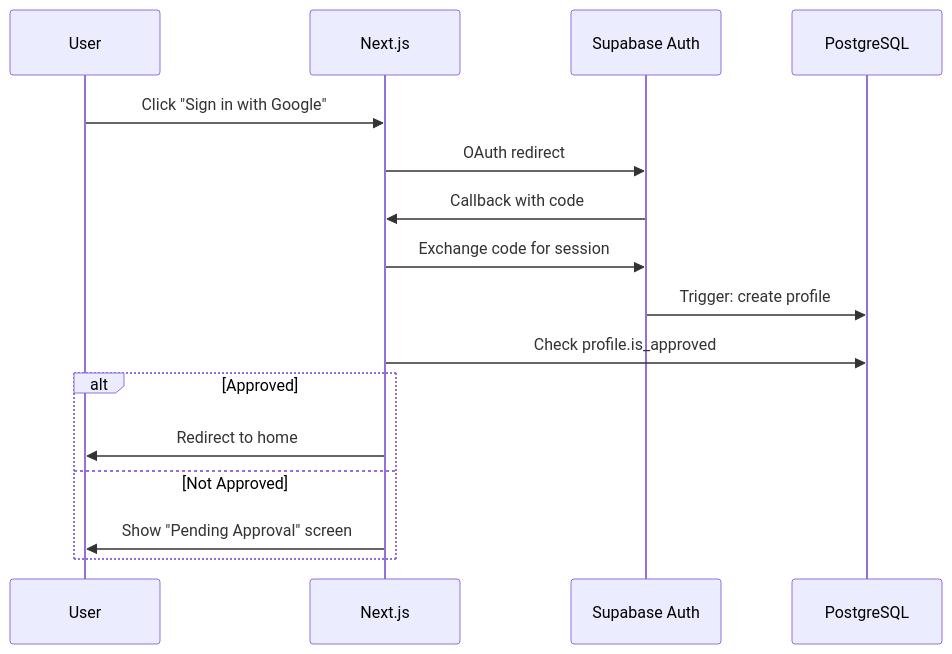
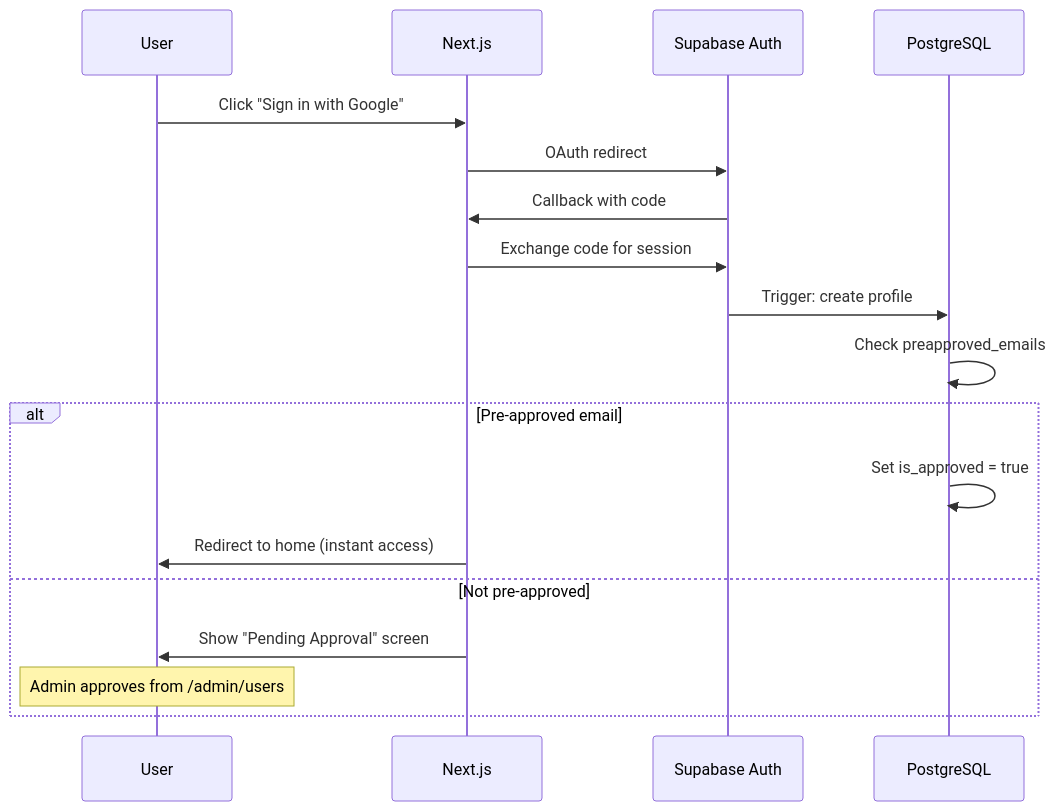
The third of 3 diagrams in README.md (jpurusho/bible-study), drawn with Mermaid before and after one commit. The commit also changed other lines of this file and 2 other files, not shown here.

````diff
--- a/README.md
+++ b/README.md
@@ -99,19 +107,21 @@
 ```mermaid
 sequenceDiagram
     participant U as User
     participant App as Next.js
     participant Auth as Supabase Auth
     participant DB as PostgreSQL
 
     U->>App: Click "Sign in with Google"
     App->>Auth: OAuth redirect
     Auth->>App: Callback with code
     App->>Auth: Exchange code for session
     Auth->>DB: Trigger: create profile
-    App->>DB: Check profile.is_approved
-    alt Approved
-        App->>U: Redirect to home
-    else Not Approved
+    DB->>DB: Check preapproved_emails
+    alt Pre-approved email
+        DB->>DB: Set is_approved = true
+        App->>U: Redirect to home (instant access)
+    else Not pre-approved
         App->>U: Show "Pending Approval" screen
+        Note over U: Admin approves from /admin/users
     end
 ```
````
